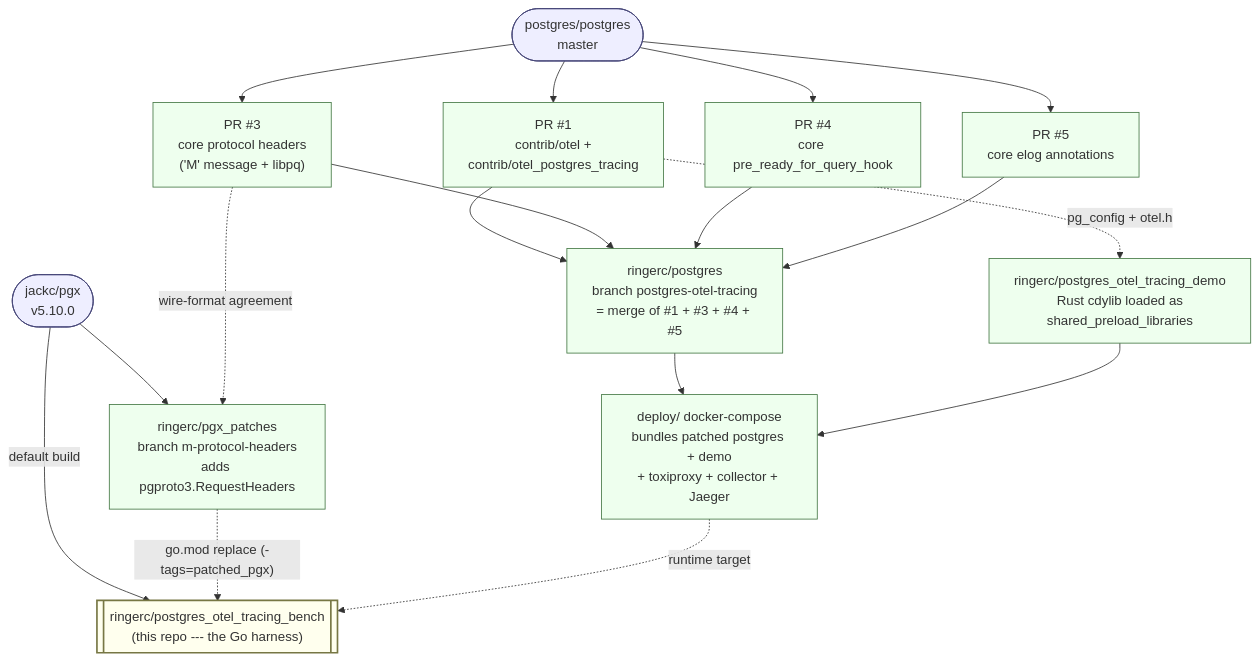
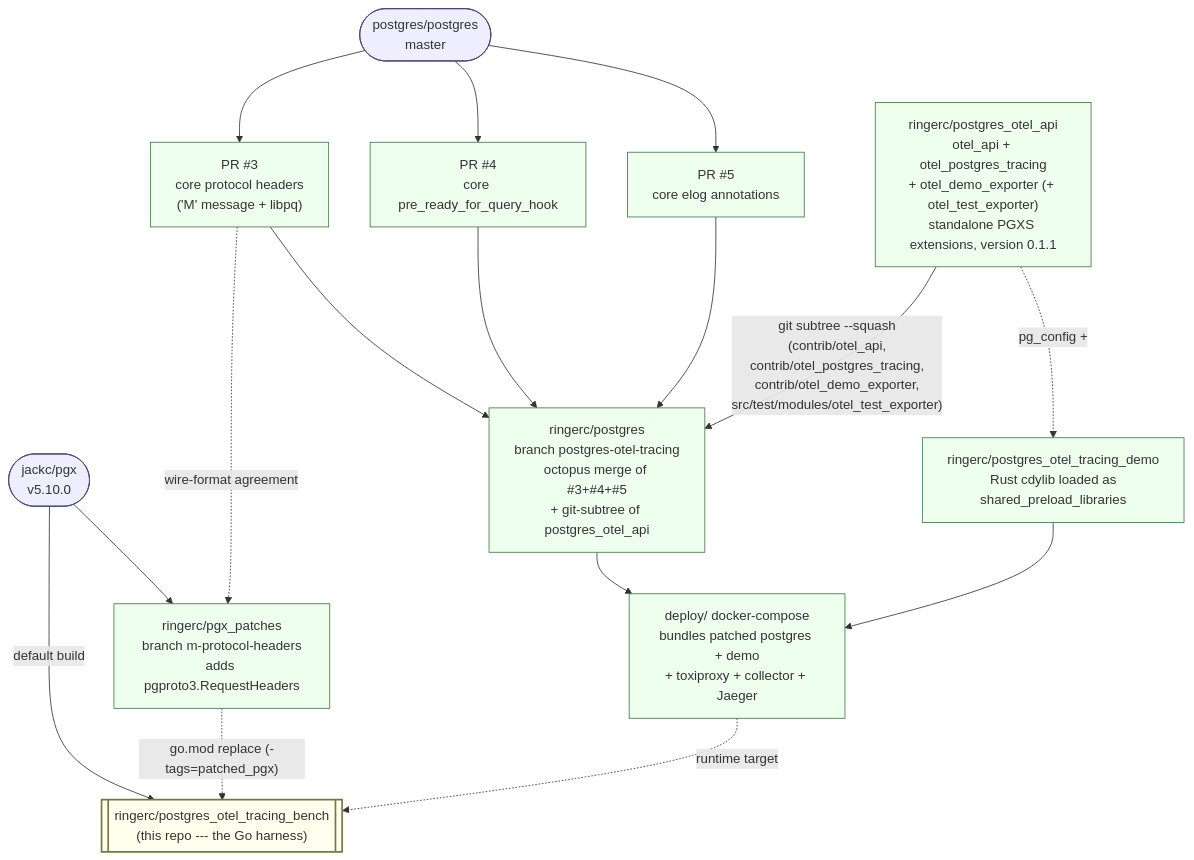
Before and after one commit to ringerc/postgres_otel_tracing_bench: the first of 8 diagrams in README.md, drawn with Mermaid. The commit also changed other lines of this file, not shown here.

````diff
--- a/README.md
+++ b/README.md
@@ -103,49 +108,54 @@
 ```mermaid
 flowchart TB
     pg([postgres/postgres<br/>master])
     pgx([jackc/pgx<br/>v5.10.0])
 
-    pr1["PR #1<br/>contrib/otel +<br/>contrib/otel_postgres_tracing"]
     pr3["PR #3<br/>core protocol headers<br/>('M' message + libpq)"]
     pr4["PR #4<br/>core pre_ready_for_query_hook"]
     pr5["PR #5<br/>core elog annotations"]
 
-    pgbranch["ringerc/postgres<br/>branch postgres-otel-tracing<br/>= merge of #1 + #3 + #4 + #5"]
+    otelapi["ringerc/postgres_otel_api<br/>otel_api + otel_postgres_tracing<br/>+ otel_demo_exporter (+ otel_test_exporter)<br/>standalone PGXS extensions, version 0.1.1"]
+
+    pgbranch["ringerc/postgres<br/>branch postgres-otel-tracing<br/>octopus merge of #3+#4+#5<br/>+ git-subtree of postgres_otel_api"]
 
     pgxbranch["ringerc/pgx_patches<br/>branch m-protocol-headers<br/>adds pgproto3.RequestHeaders"]
 
     demo["ringerc/postgres_otel_tracing_demo<br/>Rust cdylib loaded as<br/>shared_preload_libraries"]
     deploy["deploy/ docker-compose<br/>bundles patched postgres + demo<br/>+ toxiproxy + collector + Jaeger"]
     bench[["ringerc/postgres_otel_tracing_bench<br/>(this repo --- the Go harness)"]]
 
-    %% Postgres side
-    pg --> pr1
+    %% Postgres-core side: three patch branches off upstream feed the
+    %% ringerc/postgres@postgres-otel-tracing branch via octopus merge.
     pg --> pr3
     pg --> pr4
     pg --> pr5
-    pr1 --> pgbranch
     pr3 --> pgbranch
     pr4 --> pgbranch
     pr5 --> pgbranch
+
+    %% Extensions side: postgres_otel_api is a standalone repo built
+    %% PGXS-style against any installed postgres. Subtree-merged into
+    %% the patched postgres tree under contrib/* + src/test/modules/.
+    otelapi -- "git subtree --squash<br/>(contrib/otel_api,<br/>contrib/otel_postgres_tracing,<br/>contrib/otel_demo_exporter,<br/>src/test/modules/otel_test_exporter)" --> pgbranch
 
     %% pgx side
     pgx --> pgxbranch
     pr3 -. "wire-format agreement" .-> pgxbranch
 
     %% Out-of-tree consumers
-    pr1 -. "pg_config + otel.h" .-> demo
+    otelapi -. "pg_config + <otel_api/otel.h>" .-> demo
     pgbranch --> deploy
     demo --> deploy
 
     %% Bench dependencies
     pgx -- "default build" --> bench
     pgxbranch -. "go.mod replace (-tags=patched_pgx)" .-> bench
     deploy -. "runtime target" .-> bench
 
     classDef upstream fill:#eef,stroke:#447,stroke-width:1px
     classDef ours fill:#efe,stroke:#474,stroke-width:1px
     classDef thisrepo fill:#ffe,stroke:#774,stroke-width:2px
     class pg,pgx upstream
-    class pr1,pr3,pr4,pr5,pgbranch,pgxbranch,demo,deploy ours
+    class pr3,pr4,pr5,otelapi,pgbranch,pgxbranch,demo,deploy ours
     class bench thisrepo
 ```
````
